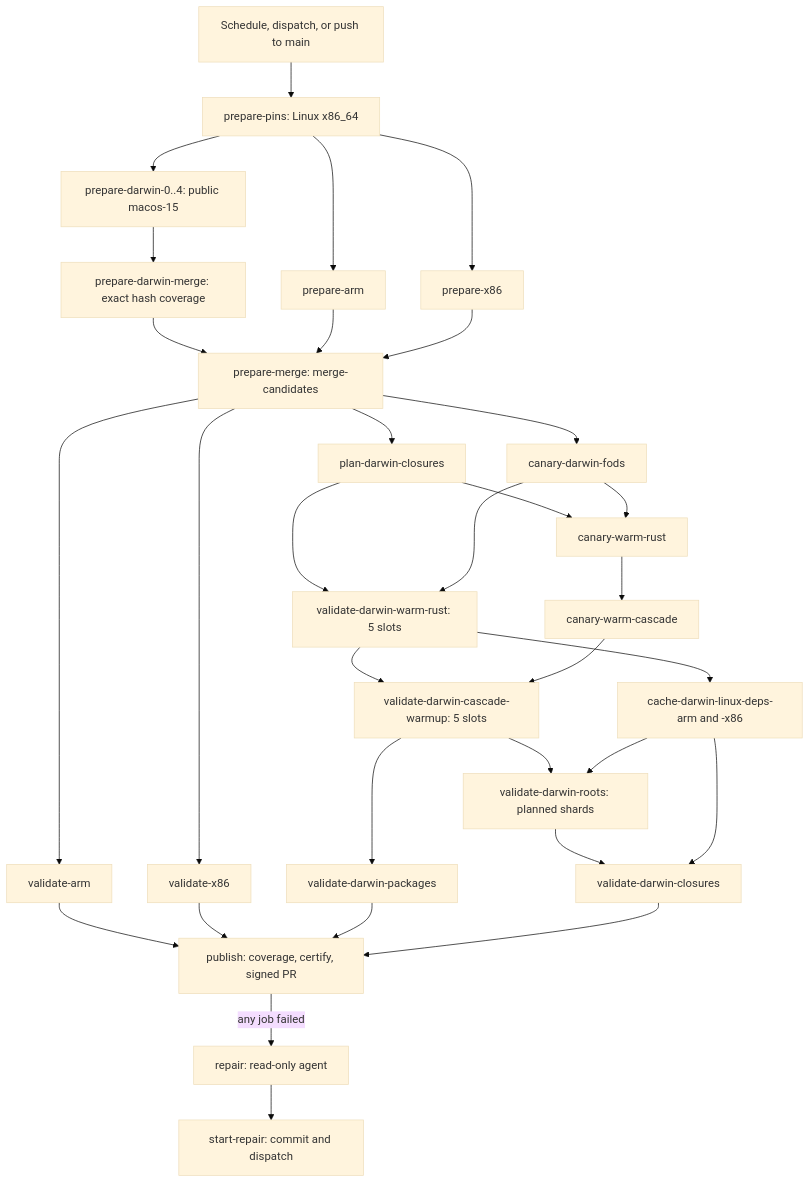
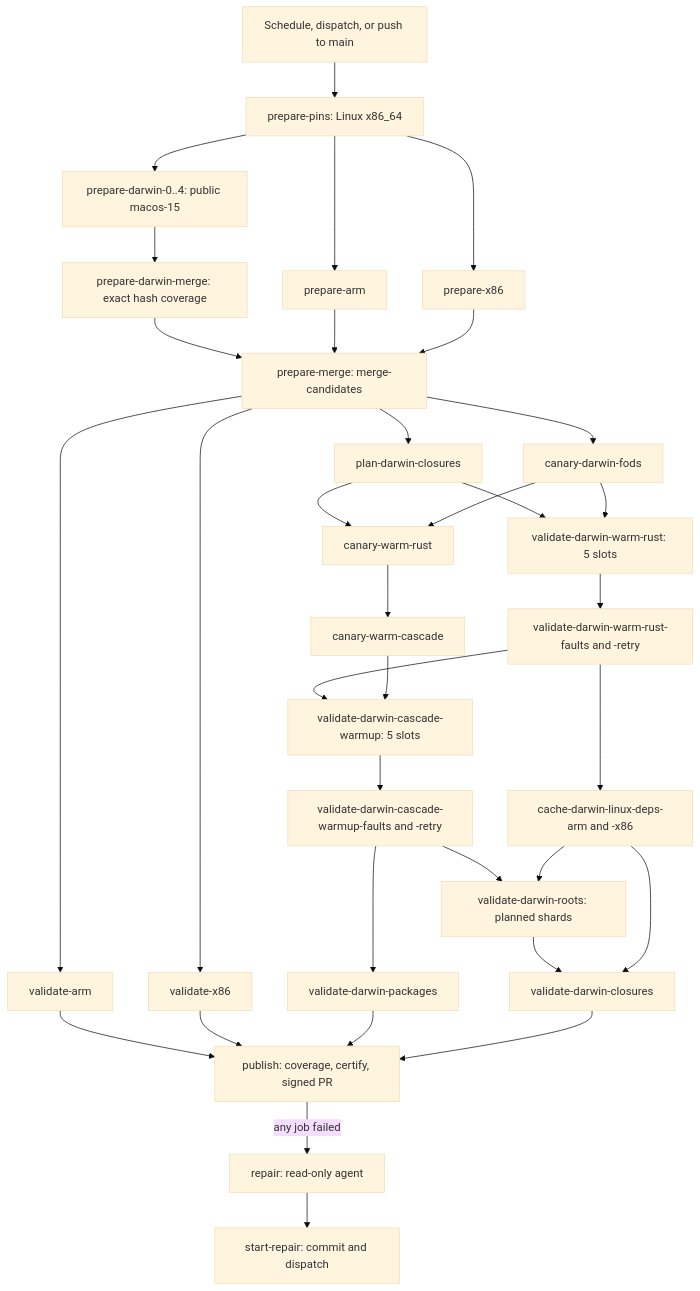
Before and after one commit to gkze/nixcfg: the diagram in docs/update/ci.md, drawn with Mermaid (base theme). The commit also changed other lines of this file and 8 other files, not shown here.

````diff
--- a/docs/update/ci.md
+++ b/docs/update/ci.md
@@ -22,34 +22,36 @@
 ```mermaid
 flowchart TD
   Trigger[Schedule, dispatch, or push to main] --> PINS[prepare-pins: Linux x86_64]
   PINS --> PD[prepare-darwin-0..4: public macos-15]
   PINS --> PA[prepare-arm]
   PINS --> PX[prepare-x86]
   PD --> DM[prepare-darwin-merge: exact hash coverage]
   DM --> MERGE[prepare-merge: merge-candidates]
   PA --> MERGE
   PX --> MERGE
   MERGE --> VA[validate-arm]
   MERGE --> VX[validate-x86]
   MERGE --> PLAN[plan-darwin-closures]
   MERGE --> FODS[canary-darwin-fods]
   PLAN --> RUST[validate-darwin-warm-rust: 5 slots]
   FODS --> RUST
   PLAN --> CR[canary-warm-rust]
   FODS --> CR
   CR --> CC[canary-warm-cascade]
-  RUST --> CASCADE[validate-darwin-cascade-warmup: 5 slots]
+  RUST --> RF[validate-darwin-warm-rust-faults and -retry]
+  RF --> CASCADE[validate-darwin-cascade-warmup: 5 slots]
   CC --> CASCADE
-  RUST --> DEPS[cache-darwin-linux-deps-arm and -x86]
-  CASCADE --> PKG[validate-darwin-packages]
-  CASCADE --> ROOTS[validate-darwin-roots: planned shards]
+  RF --> DEPS[cache-darwin-linux-deps-arm and -x86]
+  CASCADE --> CF[validate-darwin-cascade-warmup-faults and -retry]
+  CF --> PKG[validate-darwin-packages]
+  CF --> ROOTS[validate-darwin-roots: planned shards]
   DEPS --> ROOTS
   ROOTS --> CLOS[validate-darwin-closures]
   DEPS --> CLOS
   VA --> PUB[publish: coverage, certify, signed PR]
   VX --> PUB
   PKG --> PUB
   CLOS --> PUB
   PUB -->|any job failed| REPAIR[repair: read-only agent]
   REPAIR --> START[start-repair: commit and dispatch]
 ```
````
